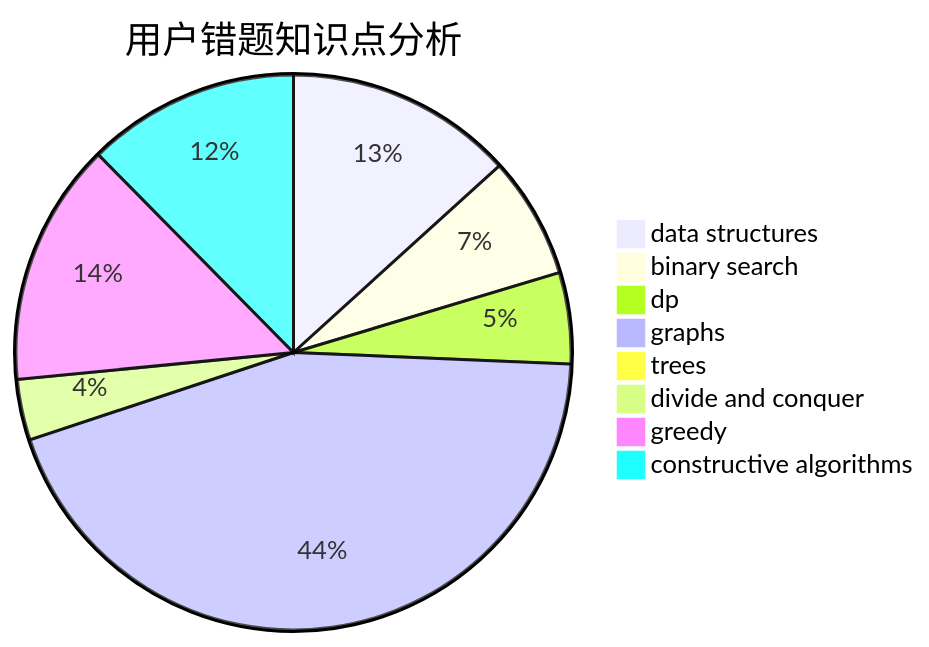
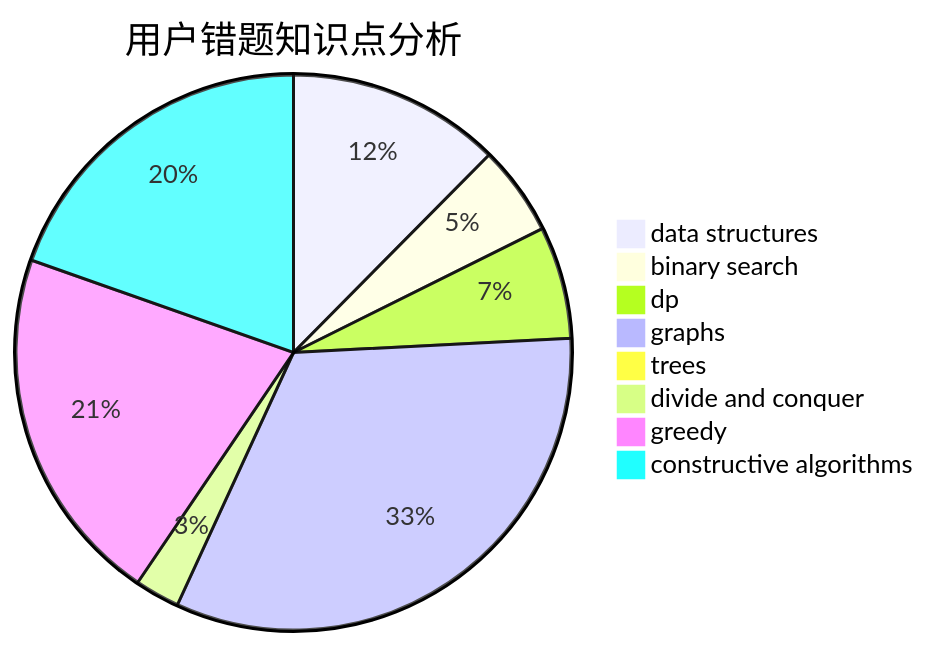
Before and after one commit to sherpahu/cfrs.github.io: the third of 3 diagrams in docs/user/u2215.md, drawn with Mermaid. The commit also changed other lines of this file and 2770 other files, not shown here.

````diff
--- a/docs/user/u2215.md
+++ b/docs/user/u2215.md
@@ -36,11 +36,11 @@
 ```mermaid
 pie title 用户错题知识点分析
-    "data structures" :  15
+    "data structures" :  19
     "binary search" :  8
-    "dp" :  6
+    "dp" :  10
     "graphs" :  50
     "trees" :  0
     "divide and conquer" :  4
-    "greedy" :  16
-    "constructive algorithms" :  14
+    "greedy" :  32
+    "constructive algorithms" :  30
 ```
````
